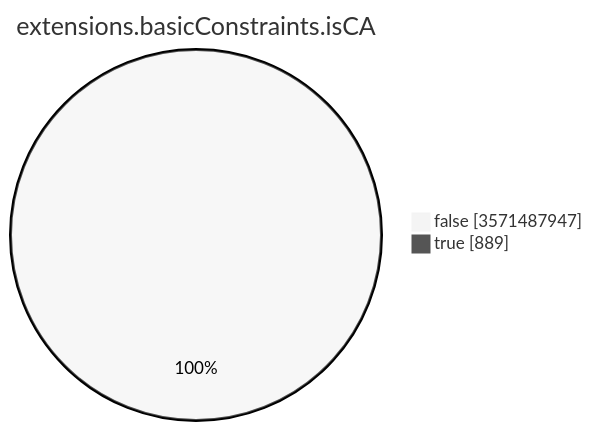
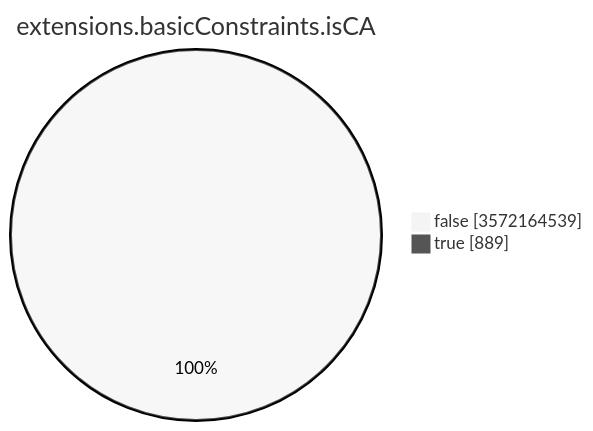
The seventh of 15 diagrams in TOTAL/README.md (christiankrug/ctmonitor_visualization), drawn with Mermaid (neutral theme) before and after one commit. The commit also changed other lines of this file, not shown here.

````diff
--- a/TOTAL/README.md
+++ b/TOTAL/README.md
@@ -3094,6 +3094,6 @@
 ```mermaid
 pie showData
 title extensions.basicConstraints.isCA
-"false" :3571487947
+"false" :3572164539
 "true" :889
 ```
````
